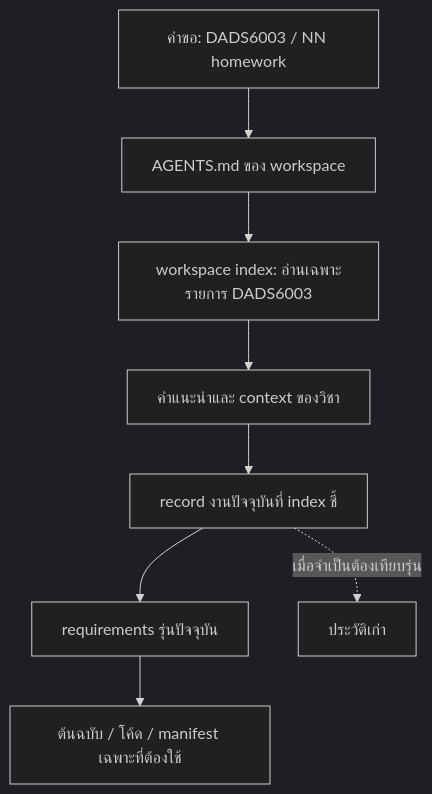
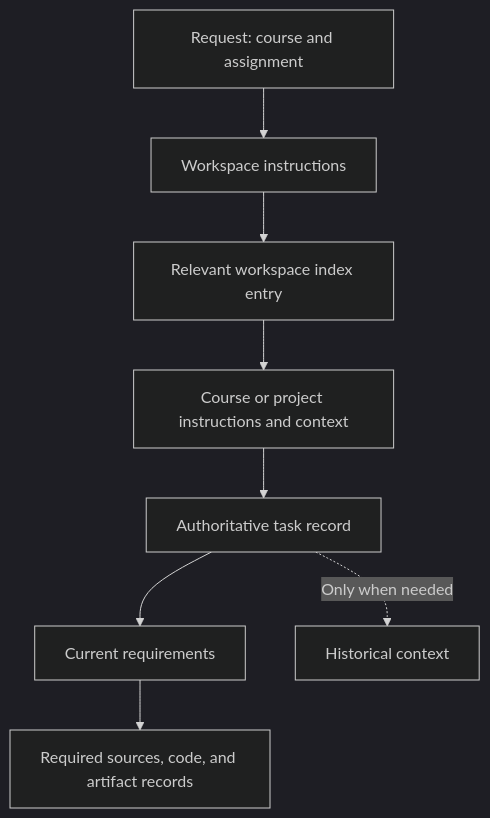
Before and after one commit to panithan1991/ai-assisted-workflow: the second of 2 diagrams in docs/architecture.md, drawn with Mermaid (dark theme). The commit also changed other lines of this file and 23 other files, not shown here.

````diff
--- a/docs/architecture.md
+++ b/docs/architecture.md
@@ -49,10 +50,10 @@
-```mermaid
+~~~mermaid
 flowchart TD
-    A["คำขอ: DADS6003 / NN homework"] --> B["AGENTS.md ของ workspace"]
-    B --> C["workspace index: อ่านเฉพาะรายการ DADS6003"]
-    C --> D["คำแนะนำและ context ของวิชา"]
-    D --> E["record งานปัจจุบันที่ index ชี้"]
-    E --> F["requirements รุ่นปัจจุบัน"]
-    F --> G["ต้นฉบับ / โค้ด / manifest เฉพาะที่ต้องใช้"]
-    E -. "เมื่อจำเป็นต้องเทียบรุ่น" .-> H["ประวัติเก่า"]
-```
+    A["Request: course and assignment"] --> B["Workspace instructions"]
+    B --> C["Relevant workspace index entry"]
+    C --> D["Course or project instructions and context"]
+    D --> E["Authoritative task record"]
+    E --> F["Current requirements"]
+    F --> G["Required sources, code, and artifact records"]
+    E -. "Only when needed" .-> H["Historical context"]
+~~~
````
